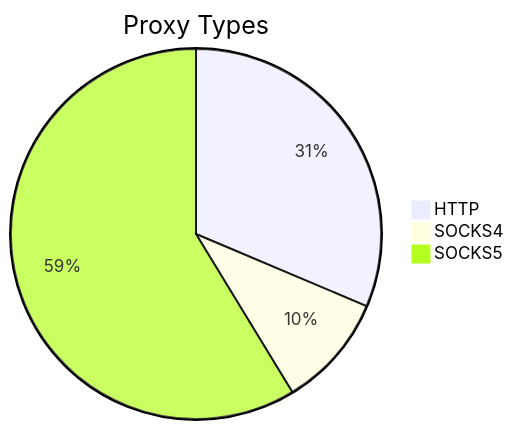
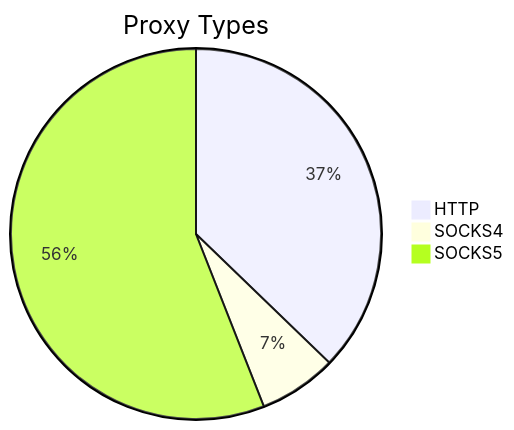
Before and after one commit to stormsia/proxy-list: the first of 2 diagrams in README.md, drawn with Mermaid. The commit also changed other lines of this file, not shown here.

````diff
--- a/README.md
+++ b/README.md
@@ -21,6 +21,6 @@
 ```mermaid
 pie title Proxy Types
-    "HTTP" : 117
-    "SOCKS4" : 37
-    "SOCKS5" : 219
+    "HTTP" : 131
+    "SOCKS4" : 24
+    "SOCKS5" : 197
 ```
````
